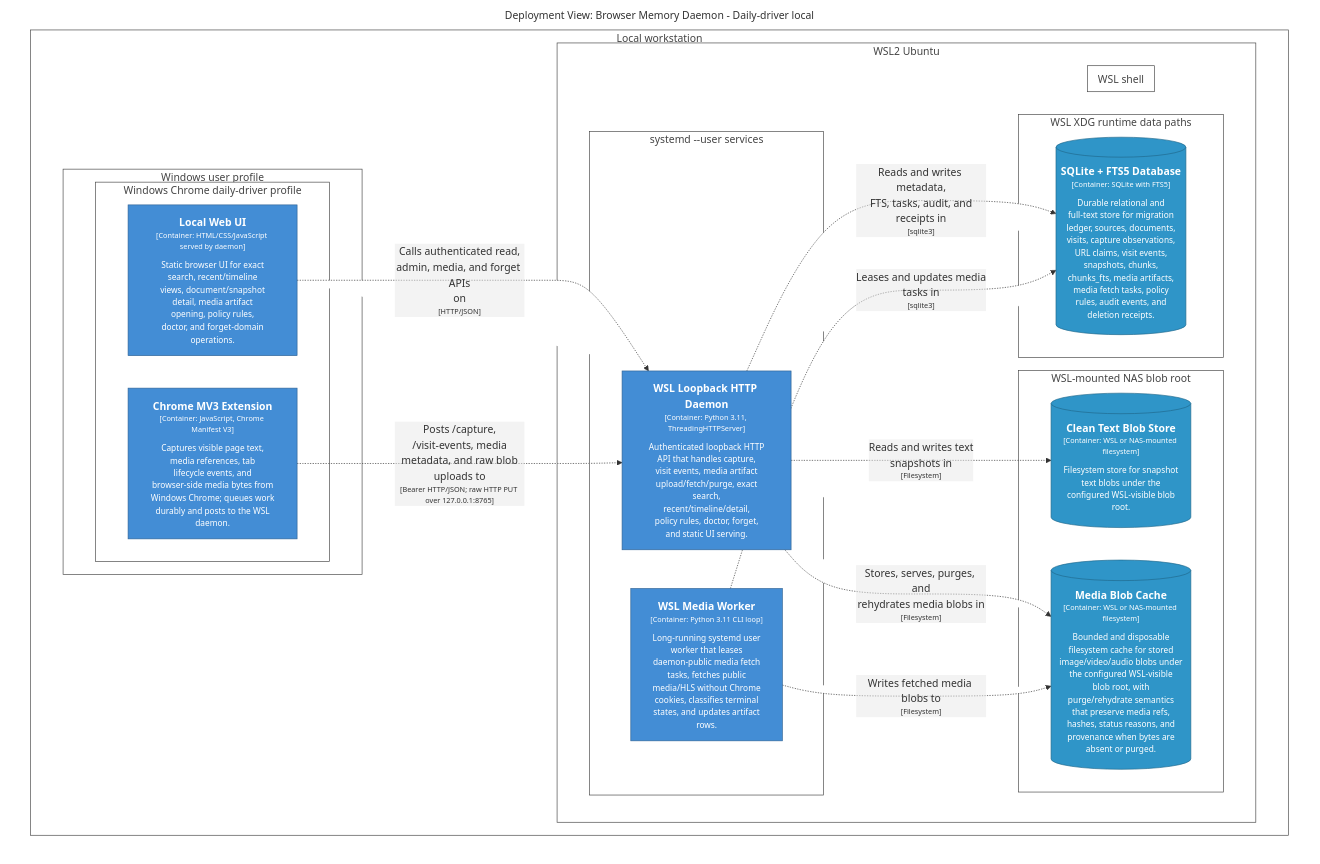
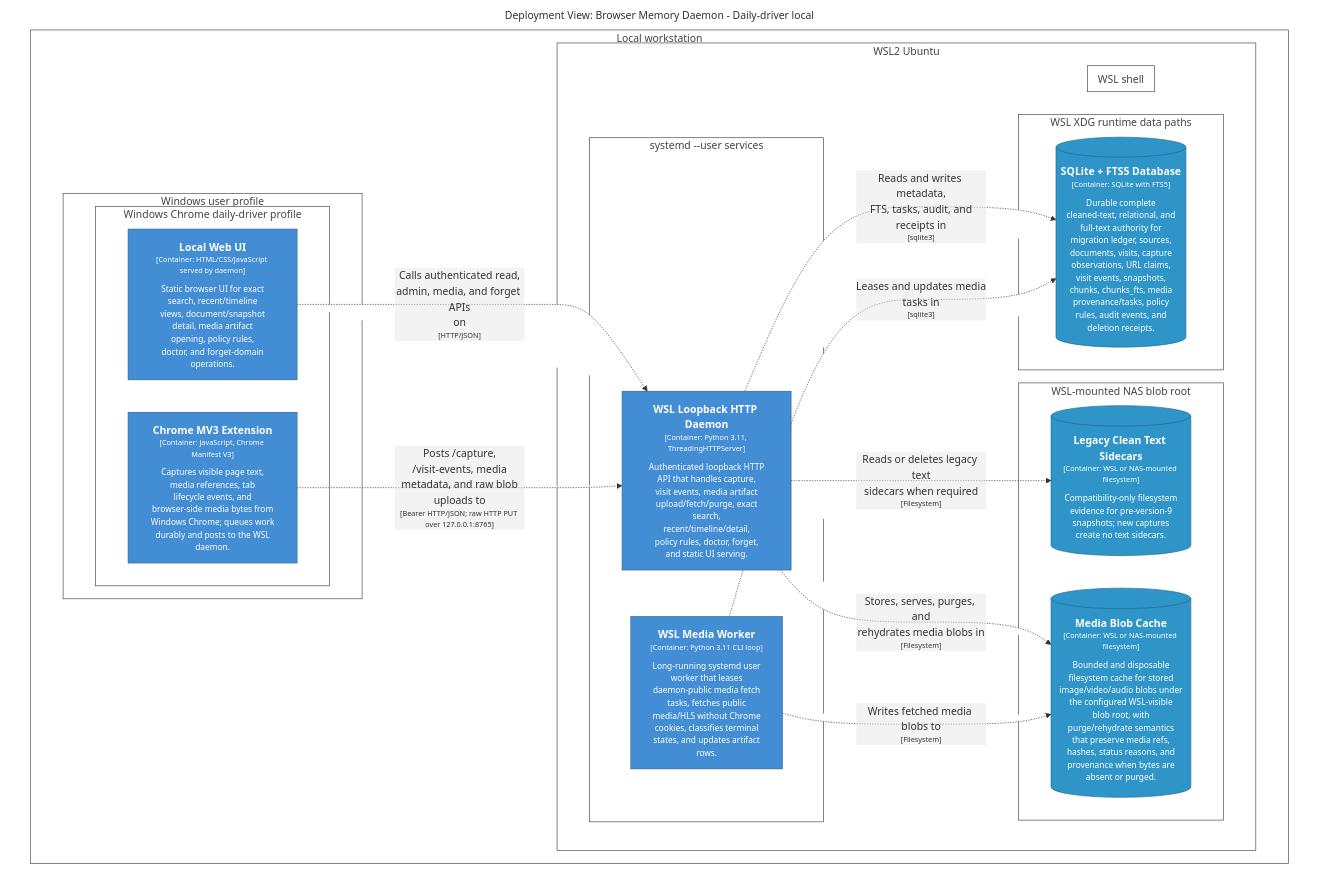
The diagram in docs/architecture/diagrams/markdown/DailyDriverDeployment.md (michaelnicks0/browser-memory-daemon), drawn with Mermaid before and after one commit. The commit also changed 196 other files, not shown here.

Commit message:
feat(storage): make SQLite authoritative for snapshot text

````diff
--- a/docs/architecture/diagrams/markdown/DailyDriverDeployment.md
+++ b/docs/architecture/diagrams/markdown/DailyDriverDeployment.md
@@ -16,71 +16,71 @@
 ```mermaid
 graph TB
   linkStyle default fill:#ffffff
 
   subgraph diagram ["Deployment View: Browser Memory Daemon - Daily-driver local"]
     style diagram fill:#ffffff,stroke:#ffffff
 
     subgraph 88 ["Local workstation"]
       style 88 fill:#ffffff,stroke:#444444,color:#444444
 
       subgraph 89 ["Windows user profile"]
         style 89 fill:#ffffff,stroke:#444444,color:#444444
 
         subgraph 90 ["Windows Chrome daily-driver profile"]
           style 90 fill:#ffffff,stroke:#444444,color:#444444
 
           91["<div style='font-weight: bold'>Chrome MV3 Extension</div><div style='font-size: 70%; margin-top: 0px'>[Container: JavaScript, Chrome Manifest V3]</div><div style='font-size: 80%; margin-top:10px'>Captures visible page text,<br />media references, tab<br />lifecycle events, and<br />browser-side media bytes from<br />Windows Chrome; queues work<br />durably and posts to the WSL<br />daemon.</div>"]
           style 91 fill:#438dd5,stroke:#2e6295,color:#ffffff
           94["<div style='font-weight: bold'>Local Web UI</div><div style='font-size: 70%; margin-top: 0px'>[Container: HTML/CSS/JavaScript served by daemon]</div><div style='font-size: 80%; margin-top:10px'>Static browser UI for exact<br />search, recent/timeline<br />views, document/snapshot<br />detail, media artifact<br />opening, policy rules,<br />doctor, and forget-domain<br />operations.</div>"]
           style 94 fill:#438dd5,stroke:#2e6295,color:#ffffff
         end
 
       end
 
       subgraph 96 ["WSL2 Ubuntu"]
         style 96 fill:#ffffff,stroke:#444444,color:#444444
 
         subgraph 102 ["WSL shell"]
           style 102 fill:#ffffff,stroke:#444444,color:#444444
 
         end
 
         subgraph 105 ["WSL XDG runtime data paths"]
           style 105 fill:#ffffff,stroke:#444444,color:#444444
 
-          106[("<div style='font-weight: bold'>SQLite + FTS5 Database</div><div style='font-size: 70%; margin-top: 0px'>[Container: SQLite with FTS5]</div><div style='font-size: 80%; margin-top:10px'>Durable relational and<br />full-text store for migration<br />ledger, sources, documents,<br />visits, capture observations,<br />URL claims, visit events,<br />snapshots, chunks,<br />chunks_fts, media artifacts,<br />media fetch tasks, policy<br />rules, audit events, and<br />deletion receipts.</div>")]
+          106[("<div style='font-weight: bold'>SQLite + FTS5 Database</div><div style='font-size: 70%; margin-top: 0px'>[Container: SQLite with FTS5]</div><div style='font-size: 80%; margin-top:10px'>Durable complete<br />cleaned-text, relational, and<br />full-text authority for<br />migration ledger, sources,<br />documents, visits, capture<br />observations, URL claims,<br />visit events, snapshots,<br />chunks, chunks_fts, media<br />provenance/tasks, policy<br />rules, audit events, and<br />deletion receipts.</div>")]
           style 106 fill:#2f95c8,stroke:#20688c,color:#ffffff
         end
 
         subgraph 111 ["WSL-mounted NAS blob root"]
           style 111 fill:#ffffff,stroke:#444444,color:#444444
 
-          112[("<div style='font-weight: bold'>Clean Text Blob Store</div><div style='font-size: 70%; margin-top: 0px'>[Container: WSL or NAS-mounted filesystem]</div><div style='font-size: 80%; margin-top:10px'>Filesystem store for snapshot<br />text blobs under the<br />configured WSL-visible blob<br />root.</div>")]
+          112[("<div style='font-weight: bold'>Legacy Clean Text Sidecars</div><div style='font-size: 70%; margin-top: 0px'>[Container: WSL or NAS-mounted filesystem]</div><div style='font-size: 80%; margin-top:10px'>Compatibility-only filesystem<br />evidence for pre-version-9<br />snapshots; new captures<br />create no text sidecars.</div>")]
           style 112 fill:#2f95c8,stroke:#20688c,color:#ffffff
           114[("<div style='font-weight: bold'>Media Blob Cache</div><div style='font-size: 70%; margin-top: 0px'>[Container: WSL or NAS-mounted filesystem]</div><div style='font-size: 80%; margin-top:10px'>Bounded and disposable<br />filesystem cache for stored<br />image/video/audio blobs under<br />the configured WSL-visible<br />blob root, with<br />purge/rehydrate semantics<br />that preserve media refs,<br />hashes, status reasons, and<br />provenance when bytes are<br />absent or purged.</div>")]
           style 114 fill:#2f95c8,stroke:#20688c,color:#ffffff
         end
 
         subgraph 97 ["systemd --user services"]
           style 97 fill:#ffffff,stroke:#444444,color:#444444
 
           101["<div style='font-weight: bold'>WSL Media Worker</div><div style='font-size: 70%; margin-top: 0px'>[Container: Python 3.11 CLI loop]</div><div style='font-size: 80%; margin-top:10px'>Long-running systemd user<br />worker that leases<br />daemon-public media fetch<br />tasks, fetches public<br />media/HLS without Chrome<br />cookies, classifies terminal<br />states, and updates artifact<br />rows.</div>"]
           style 101 fill:#438dd5,stroke:#2e6295,color:#ffffff
           98["<div style='font-weight: bold'>WSL Loopback HTTP Daemon</div><div style='font-size: 70%; margin-top: 0px'>[Container: Python 3.11, ThreadingHTTPServer]</div><div style='font-size: 80%; margin-top:10px'>Authenticated loopback HTTP<br />API that handles capture,<br />visit events, media artifact<br />upload/fetch/purge, exact<br />search,<br />recent/timeline/detail,<br />policy rules, doctor, forget,<br />and static UI serving.</div>"]
           style 98 fill:#438dd5,stroke:#2e6295,color:#ffffff
         end
 
       end
 
     end
 
     94-. "<div>Calls authenticated read,<br />admin, media, and forget APIs<br />on</div><div style='font-size: 70%'>[HTTP/JSON]</div>" .->98
     98-. "<div>Reads and writes metadata,<br />FTS, tasks, audit, and<br />receipts in</div><div style='font-size: 70%'>[sqlite3]</div>" .->106
     101-. "<div>Leases and updates media<br />tasks in</div><div style='font-size: 70%'>[sqlite3]</div>" .->106
-    98-. "<div>Reads and writes text<br />snapshots in</div><div style='font-size: 70%'>[Filesystem]</div>" .->112
+    98-. "<div>Reads or deletes legacy text<br />sidecars when required</div><div style='font-size: 70%'>[Filesystem]</div>" .->112
     98-. "<div>Stores, serves, purges, and<br />rehydrates media blobs in</div><div style='font-size: 70%'>[Filesystem]</div>" .->114
     101-. "<div>Writes fetched media blobs to</div><div style='font-size: 70%'>[Filesystem]</div>" .->114
     91-. "<div>Posts /capture,<br />/visit-events, media<br />metadata, and raw blob<br />uploads to</div><div style='font-size: 70%'>[Bearer HTTP/JSON; raw HTTP PUT over 127.0.0.1:8765]</div>" .->98
 
   end
 ```
````
